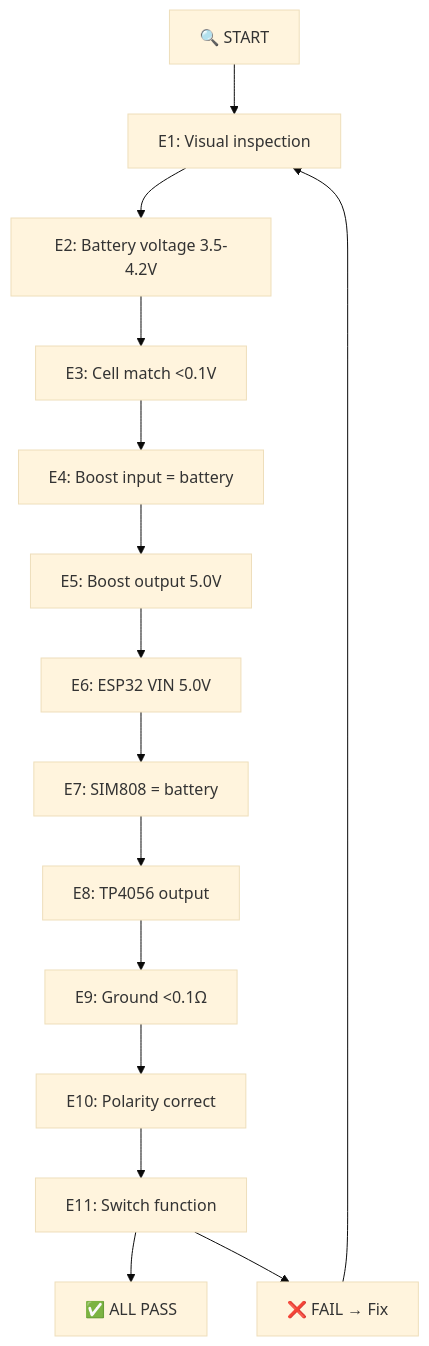
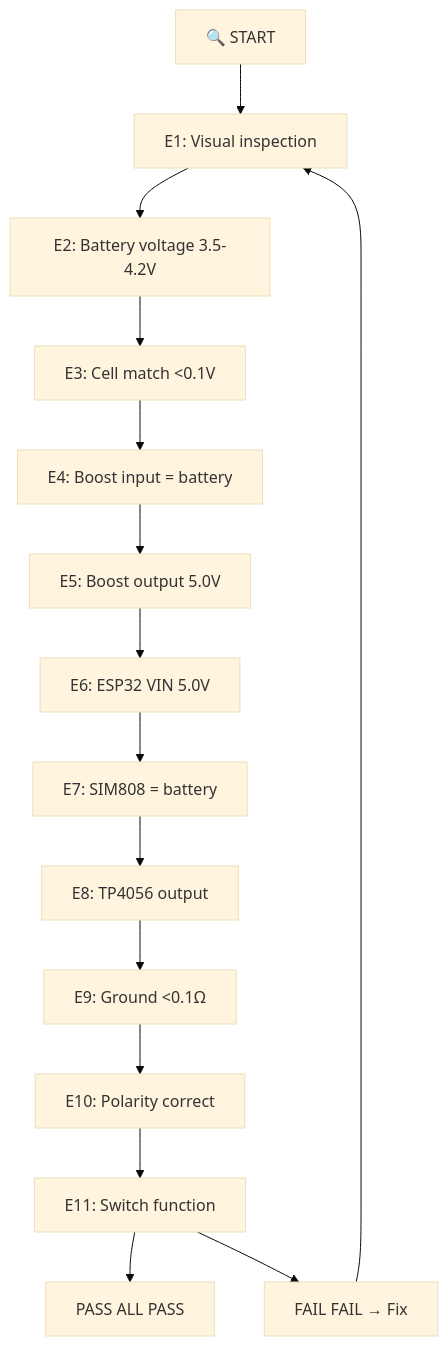
The first of 8 diagrams in docs/TESTING.md (qppd/smart-vehicle-impact-detection-device), drawn with Mermaid (base theme) before and after one commit. The commit also changed other lines of this file and 10 other files, not shown here.

````diff
--- a/docs/TESTING.md
+++ b/docs/TESTING.md
@@ -18,18 +18,18 @@
 ```mermaid
 flowchart TD
     START["🔍 START"]
     START --> E1["E1: Visual inspection"]
     E1 --> E2["E2: Battery voltage 3.5-4.2V"]
     E2 --> E3["E3: Cell match <0.1V"]
     E3 --> E4["E4: Boost input = battery"]
     E4 --> E5["E5: Boost output 5.0V"]
     E5 --> E6["E6: ESP32 VIN 5.0V"]
     E6 --> E7["E7: SIM808 = battery"]
     E7 --> E8["E8: TP4056 output"]
     E8 --> E9["E9: Ground <0.1Ω"]
     E9 --> E10["E10: Polarity correct"]
     E10 --> E11["E11: Switch function"]
-    E11 --> ALLPASS["✅ ALL PASS"]
-    E11 --> FAIL["❌ FAIL → Fix"]
+    E11 --> ALLPASS["PASS ALL PASS"]
+    E11 --> FAIL["FAIL FAIL → Fix"]
     FAIL --> E1
 ```
````
